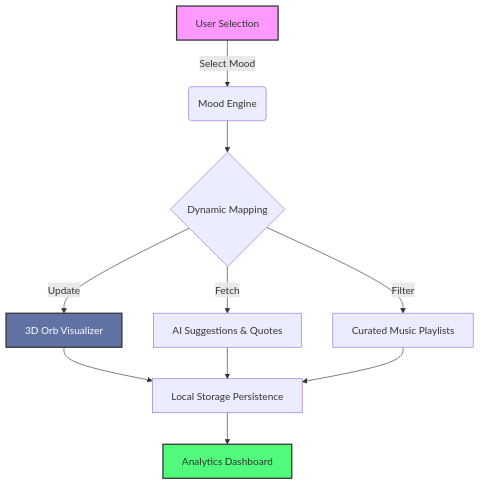
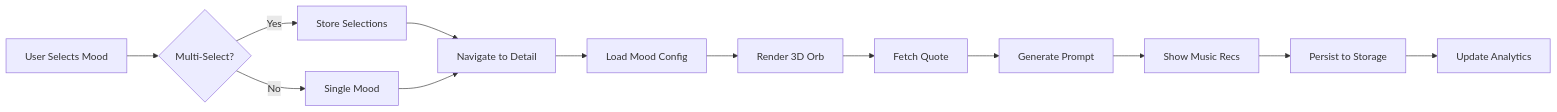
The second of 3 diagrams in README.md (Nitya-003/InnerHue), drawn with Mermaid before and after one commit. The commit also changed other lines of this file and 1 other file, not shown here.

First line of the commit message:
docs: Update README with Mermaid diagrams, 2026 roadmap, and add SETUP.md

````diff
--- a/README.md
+++ b/README.md
@@ -58,16 +97,15 @@
 ```mermaid
-graph TD
-    A[User Selection] -->|Select Mood| B(Mood Engine)
-    B --> C{Dynamic Mapping}
-    C -->|Update| D[3D Orb Visualizer]
-    C -->|Fetch| E[AI Suggestions & Quotes]
-    C -->|Filter| F[Curated Music Playlists]
-    D --> G[Local Storage Persistence]
-    E --> G
-    F --> G
-    G --> H[Analytics Dashboard]
-    
-    style A fill:#f9f,stroke:#333,stroke-width:2px
-    style D fill:#6272a4,stroke:#333,stroke-width:2px,color:#fff
-    style H fill:#50fa7b,stroke:#333,stroke-width:2px
+flowchart LR
+    A[User Selects Mood] --> B{Multi-Select?}
+    B -->|Yes| C[Store Selections]
+    B -->|No| D[Single Mood]
+    C --> E[Navigate to Detail]
+    D --> E
+    E --> F[Load Mood Config]
+    F --> G[Render 3D Orb]
+    G --> H[Fetch Quote]
+    H --> I[Generate Prompt]
+    I --> J[Show Music Recs]
+    J --> K[Persist to Storage]
+    K --> L[Update Analytics]
 ```
````
